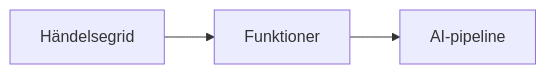
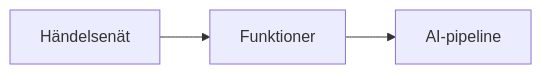
One commit to microsoft/AZD-for-beginners changed the second of 2 diagrams in translations/sv/docs/chapter-08-production/README.md. Above: the diagram before and after it, drawn with Mermaid. The commit also changed other lines of this file and 101 other files, not shown here.

````diff
--- a/translations/sv/docs/chapter-08-production/README.md
+++ b/translations/sv/docs/chapter-08-production/README.md
@@ -54,4 +56,4 @@
 ```mermaid
 graph LR
-    EventGrid[Händelsegrid] --> Functions[Funktioner] --> Pipeline[AI-pipeline]
+    EventGrid[Händelsenät] --> Functions[Funktioner] --> Pipeline[AI-pipeline]
 ```
````
